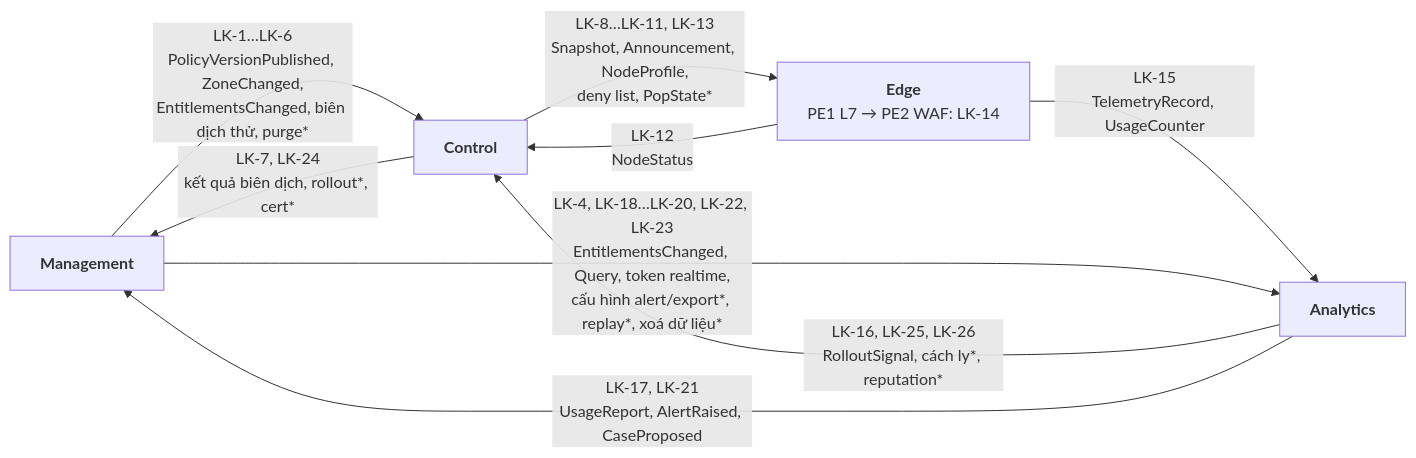
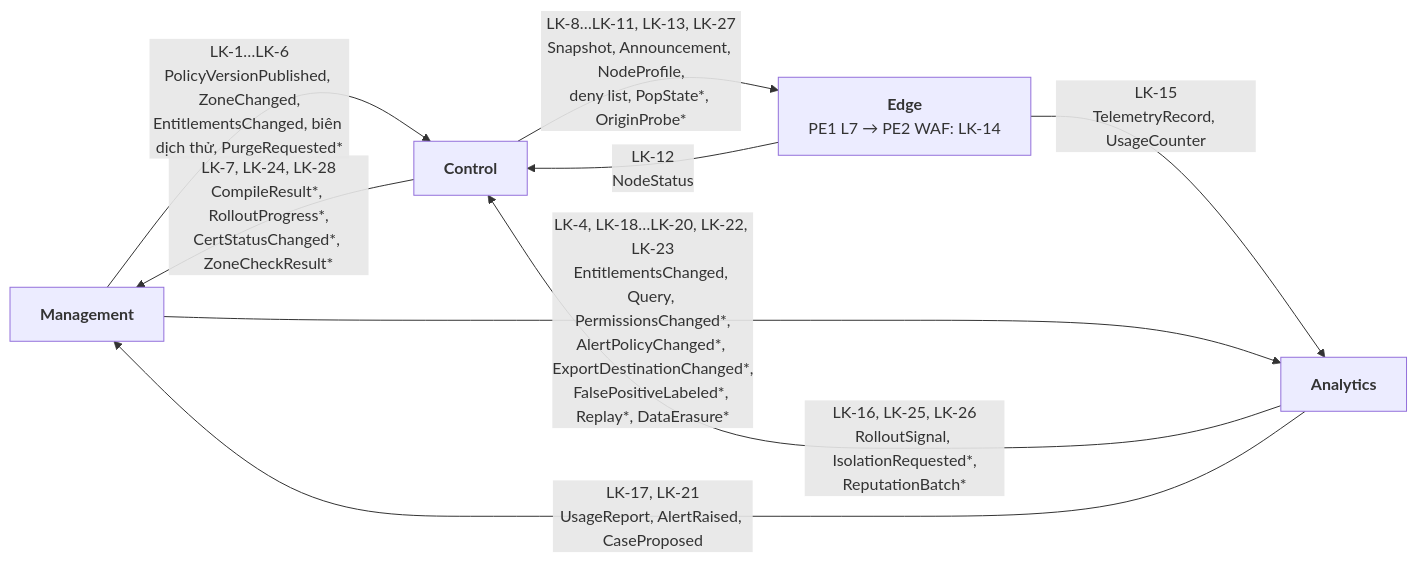
Before and after one commit to metap-org/metap-demo-waf: the fourth of 4 diagrams in docs/architecture/01-introduction/05-functional-decomposition.md, drawn with Mermaid. The commit also changed other lines of this file and 10 other files, not shown here.

First line of the commit message:
docs(architecture): provisional inter-plane contracts and onboarding business analysis

````diff
--- a/docs/architecture/01-introduction/05-functional-decomposition.md
+++ b/docs/architecture/01-introduction/05-functional-decomposition.md
@@ -519,15 +538,15 @@
 ```mermaid
 flowchart LR
     M["<b>Management</b>"]
     C["<b>Control</b>"]
     E["<b>Edge</b><br/>PE1 L7 → PE2 WAF: LK-14"]
     A["<b>Analytics</b>"]
-    M -->|"LK-1…LK-6<br/>PolicyVersionPublished, ZoneChanged,<br/>EntitlementsChanged, biên dịch thử, purge*"| C
-    C -->|"LK-7, LK-24<br/>kết quả biên dịch, rollout*, cert*"| M
-    C -->|"LK-8…LK-11, LK-13<br/>Snapshot, Announcement, NodeProfile,<br/>deny list, PopState*"| E
+    M -->|"LK-1…LK-6<br/>PolicyVersionPublished, ZoneChanged,<br/>EntitlementsChanged, biên dịch thử, PurgeRequested*"| C
+    C -->|"LK-7, LK-24, LK-28<br/>CompileResult*, RolloutProgress*,<br/>CertStatusChanged*, ZoneCheckResult*"| M
+    C -->|"LK-8…LK-11, LK-13, LK-27<br/>Snapshot, Announcement, NodeProfile,<br/>deny list, PopState*, OriginProbe*"| E
     E -->|"LK-12<br/>NodeStatus"| C
     E -->|"LK-15<br/>TelemetryRecord, UsageCounter"| A
-    A -->|"LK-16, LK-25, LK-26<br/>RolloutSignal, cách ly*, reputation*"| C
+    A -->|"LK-16, LK-25, LK-26<br/>RolloutSignal, IsolationRequested*,<br/>ReputationBatch*"| C
     A -->|"LK-17, LK-21<br/>UsageReport, AlertRaised, CaseProposed"| M
-    M -->|"LK-4, LK-18…LK-20, LK-22, LK-23<br/>EntitlementsChanged, Query, token realtime,<br/>cấu hình alert/export*, replay*, xoá dữ liệu*"| A
+    M -->|"LK-4, LK-18…LK-20, LK-22, LK-23<br/>EntitlementsChanged, Query, PermissionsChanged*,<br/>AlertPolicyChanged*, ExportDestinationChanged*,<br/>FalsePositiveLabeled*, Replay*, DataErasure*"| A
 ```
````
